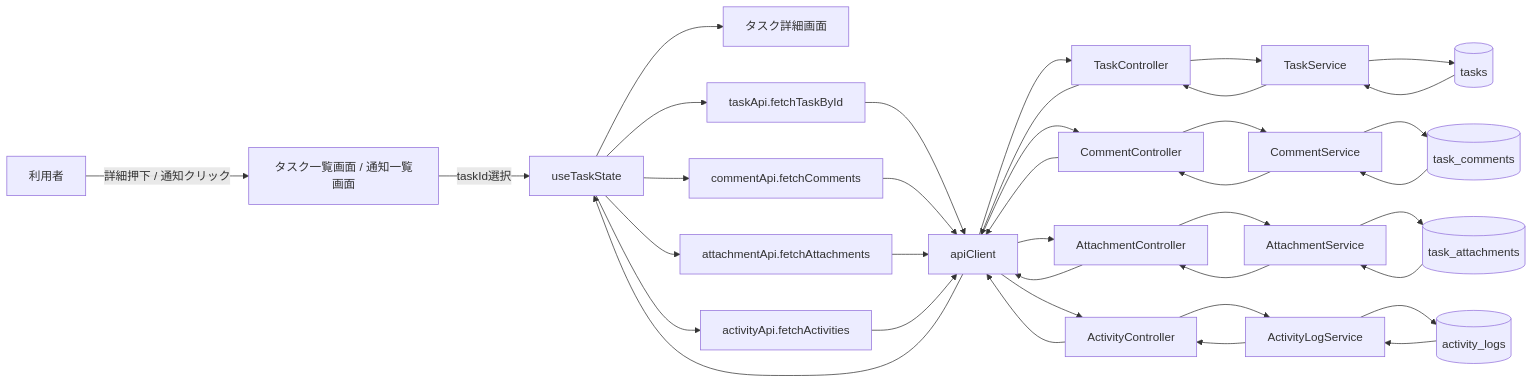
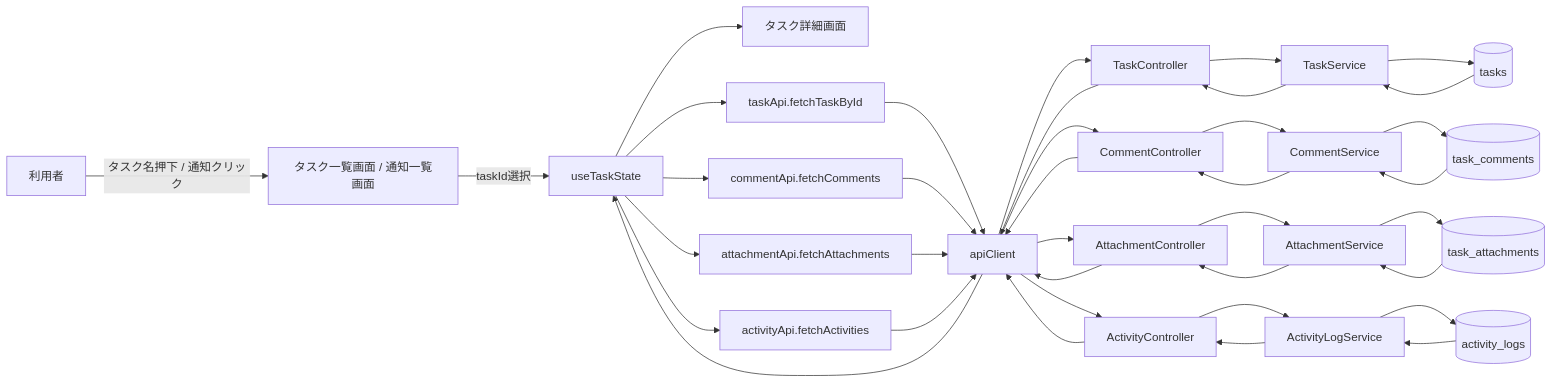
Before and after one commit to kitune-udon/task-manager-app: the eighth of 28 diagrams in docs/01_設計/08_データフロー図設計書.md, drawn with Mermaid. The commit also changed 9 other files, not shown here.

````diff
--- a/docs/01_設計/08_データフロー図設計書.md
+++ b/docs/01_設計/08_データフロー図設計書.md
@@ -530,69 +530,69 @@
 ```mermaid
 flowchart LR
     U["利用者"]
     LP["タスク一覧画面 / 通知一覧画面"]
     DP["タスク詳細画面"]
     TS["useTaskState"]
     TAPI["taskApi.fetchTaskById"]
     CAPI["commentApi.fetchComments"]
     AAPI["attachmentApi.fetchAttachments"]
     ACTAPI["activityApi.fetchActivities"]
     AC["apiClient"]
     TC["TaskController"]
     CC["CommentController"]
     ATC["AttachmentController"]
     ALC["ActivityController"]
     TSV["TaskService"]
     CSV["CommentService"]
     ATSV["AttachmentService"]
     ALSV["ActivityLogService"]
     DB1[("tasks")]
     DB2[("task_comments")]
     DB3[("task_attachments")]
     DB4[("activity_logs")]
 
-    U -->|"詳細押下 / 通知クリック"| LP
+    U -->|"タスク名押下 / 通知クリック"| LP
     LP -->|"taskId選択"| TS
     TS --> TAPI
     TS --> CAPI
     TS --> AAPI
     TS --> ACTAPI
 
     TAPI --> AC
     CAPI --> AC
     AAPI --> AC
     ACTAPI --> AC
 
     AC --> TC
     AC --> CC
     AC --> ATC
     AC --> ALC
 
     TC --> TSV
     CC --> CSV
     ATC --> ATSV
     ALC --> ALSV
 
     TSV --> DB1
     CSV --> DB2
     ATSV --> DB3
     ALSV --> DB4
 
     DB1 --> TSV
     DB2 --> CSV
     DB3 --> ATSV
     DB4 --> ALSV
 
     TSV --> TC
     CSV --> CC
     ATSV --> ATC
     ALSV --> ALC
 
     TC --> AC
     CC --> AC
     ATC --> AC
     ALC --> AC
 
     AC --> TS
     TS --> DP
 ```
````
